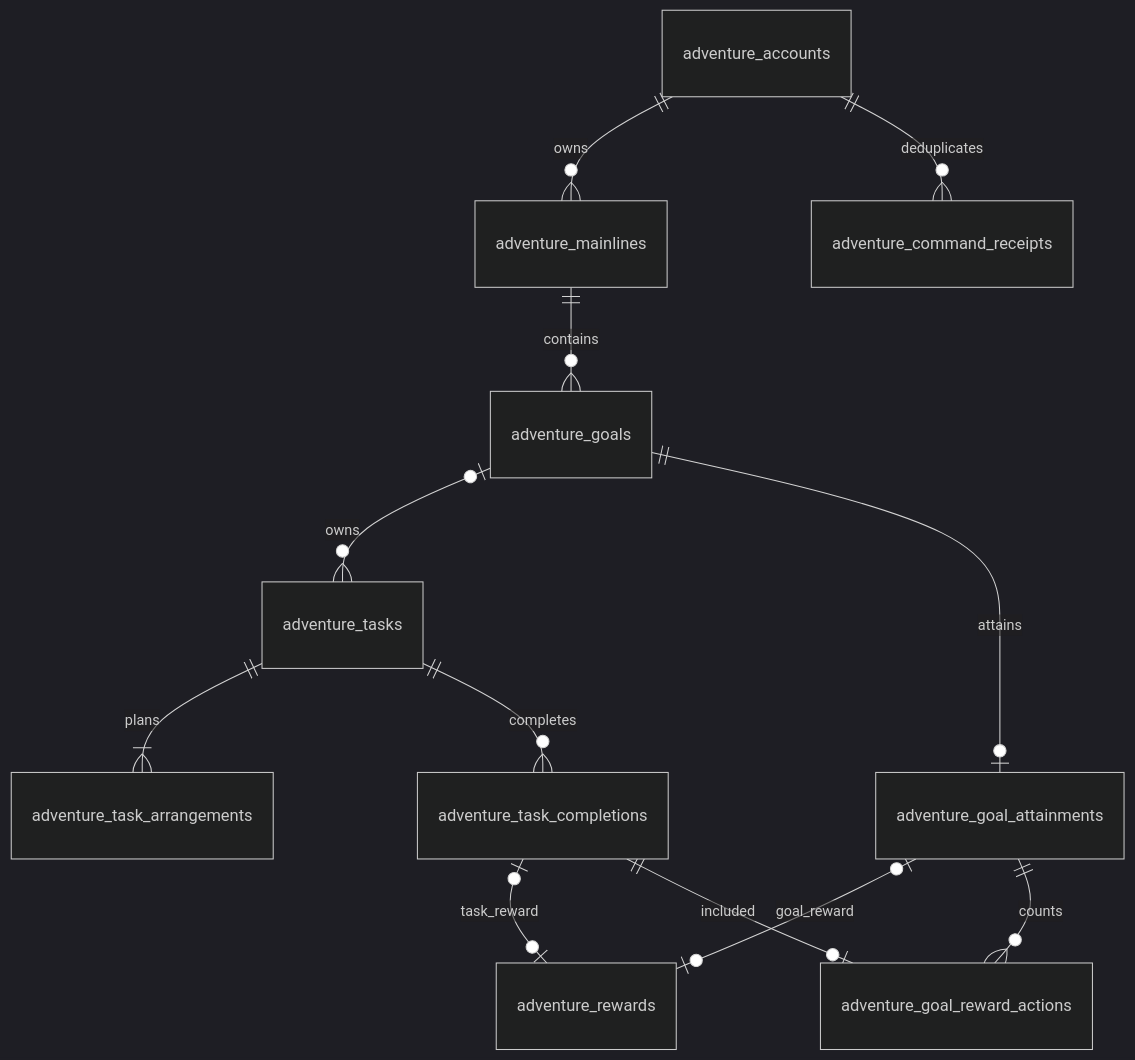
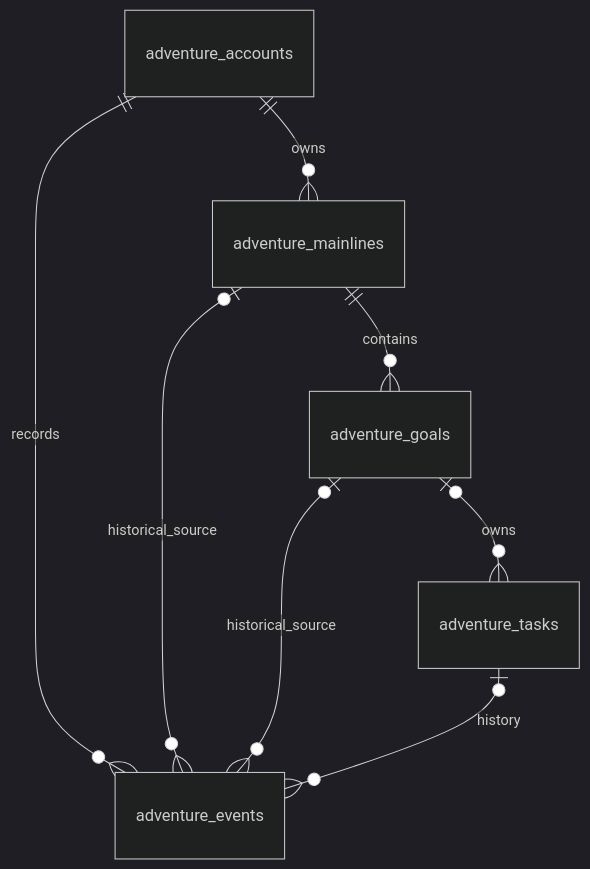
The diagram in docs/adventure/backend-database.md (PancrasDuan/lifespace), drawn with Mermaid (dark theme) before and after one commit. The commit also changed other lines of this file and 16 other files, not shown here.

````diff
--- a/docs/adventure/backend-database.md
+++ b/docs/adventure/backend-database.md
@@ -26,14 +19,10 @@
 ```mermaid
 erDiagram
     adventure_accounts ||--o{ adventure_mainlines : owns
     adventure_mainlines ||--o{ adventure_goals : contains
     adventure_goals o|--o{ adventure_tasks : owns
-    adventure_tasks ||--|{ adventure_task_arrangements : plans
-    adventure_tasks ||--o{ adventure_task_completions : completes
-    adventure_goals ||--o| adventure_goal_attainments : attains
-    adventure_task_completions o|--o| adventure_rewards : task_reward
-    adventure_goal_attainments o|--o| adventure_rewards : goal_reward
-    adventure_goal_attainments ||--o{ adventure_goal_reward_actions : counts
-    adventure_task_completions ||--o| adventure_goal_reward_actions : included
-    adventure_accounts ||--o{ adventure_command_receipts : deduplicates
+    adventure_accounts ||--o{ adventure_events : records
+    adventure_mainlines o|--o{ adventure_events : historical_source
+    adventure_goals o|--o{ adventure_events : historical_source
+    adventure_tasks o|--o{ adventure_events : history
 ```
````
